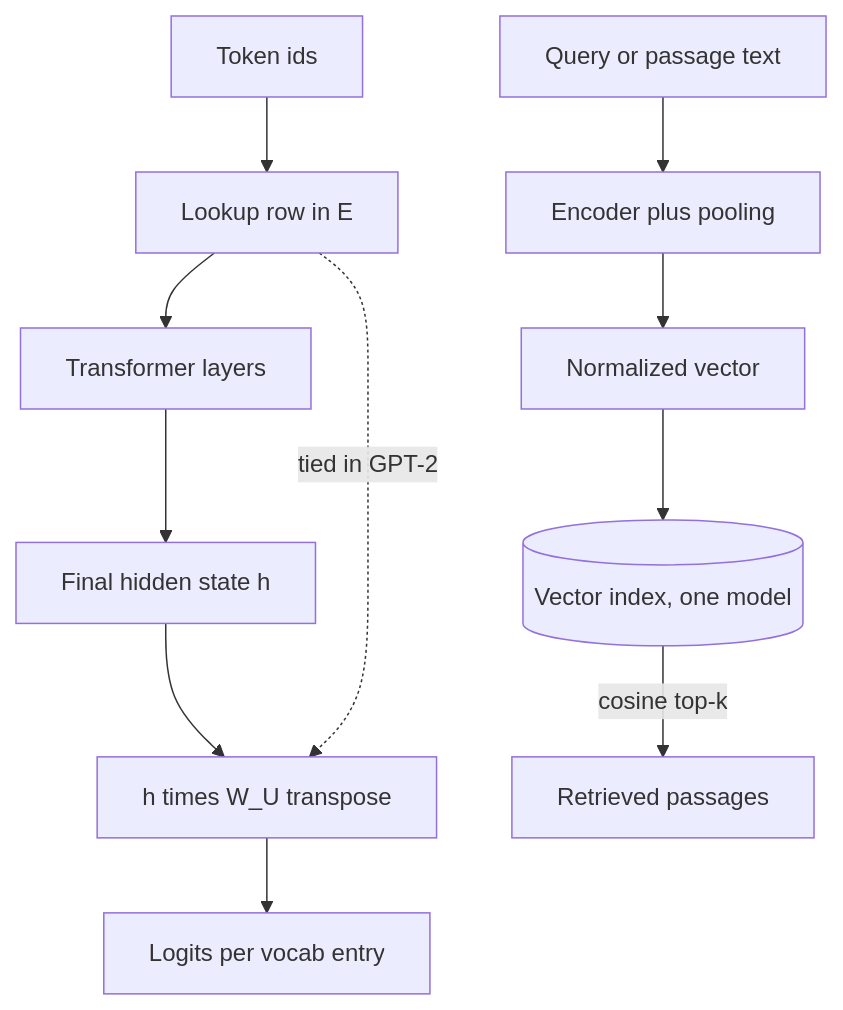
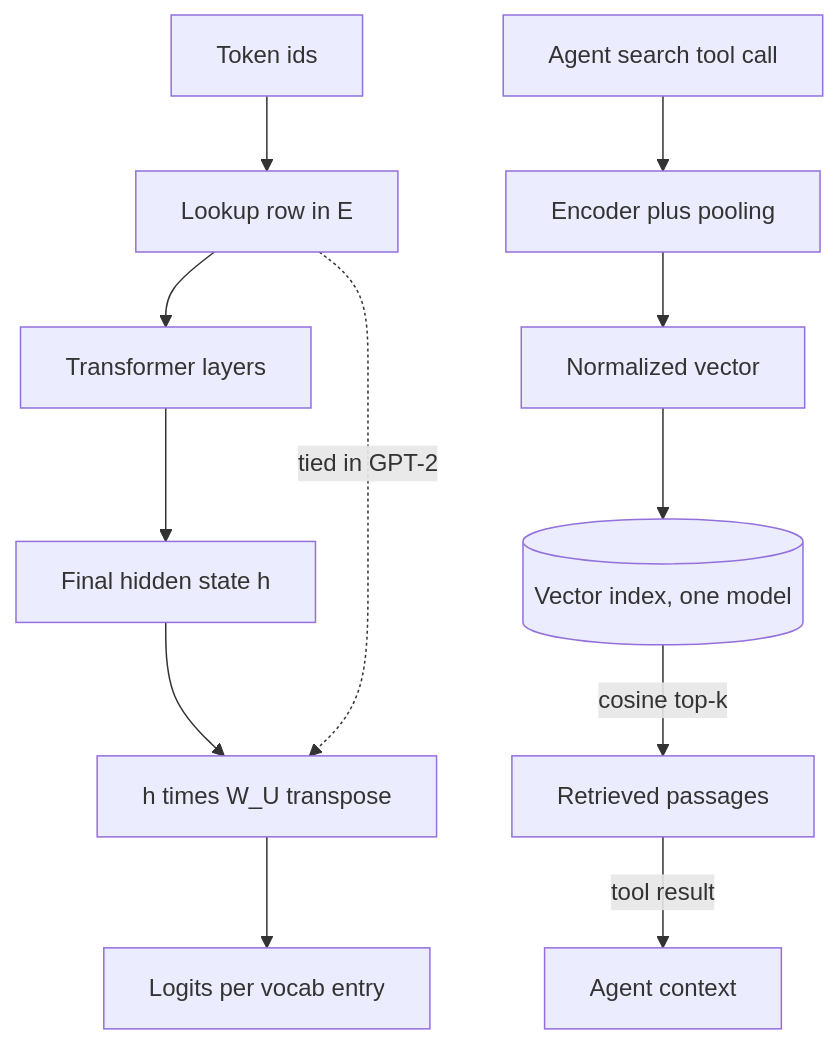
One commit to lovishmahajan97/agentic-learning changed the diagram in content/model-internals/embeddings.md. Above: the diagram before and after it, drawn with Mermaid. The commit also changed other lines of this file and 266 other files, not shown here.

````diff
--- a/content/model-internals/embeddings.md
+++ b/content/model-internals/embeddings.md
@@ -133,13 +165,14 @@
 ```mermaid
 flowchart TD
     T["Token ids"] --> E["Lookup row in E"]
     E --> X["Transformer layers"]
     X --> H["Final hidden state h"]
     H --> U["h times W_U transpose"]
     U --> L["Logits per vocab entry"]
     E -.->|"tied in GPT-2"| U
-    D["Query or passage text"] --> M["Encoder plus pooling"]
+    D["Agent search tool call"] --> M["Encoder plus pooling"]
     M --> V["Normalized vector"]
     V --> I[("Vector index, one model")]
     I -->|"cosine top-k"| R["Retrieved passages"]
+    R -->|"tool result"| AC["Agent context"]
 ```
````
